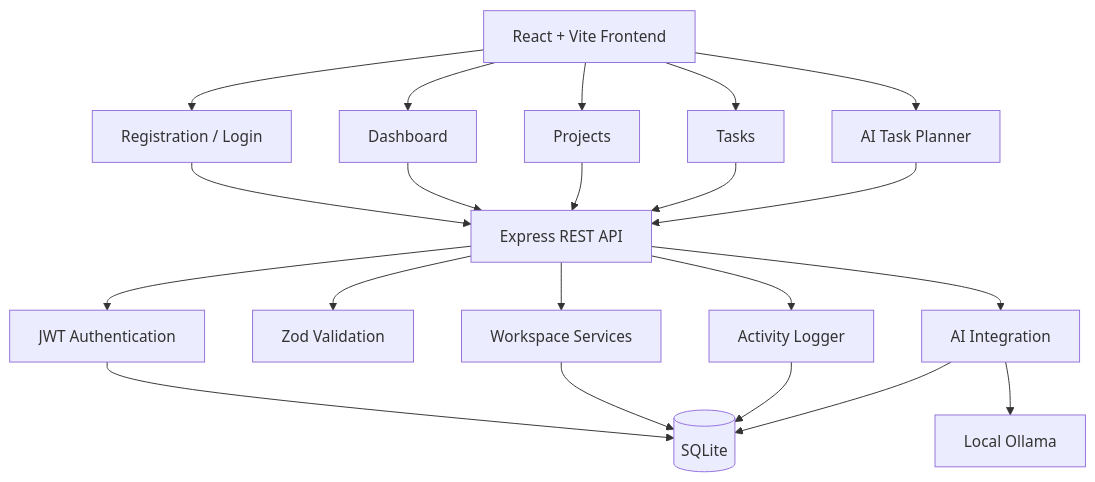
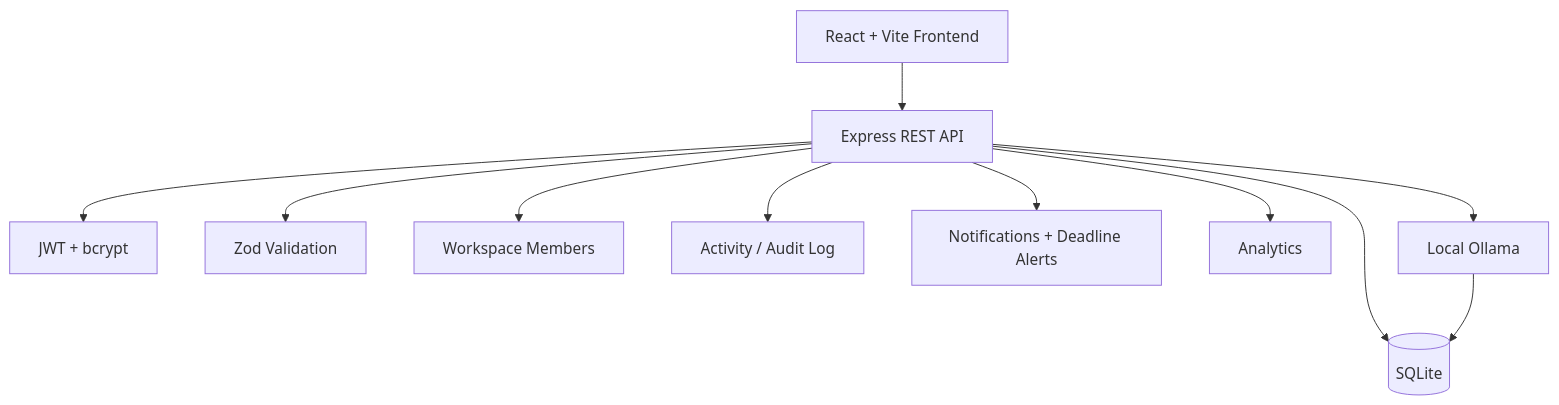
One commit to agcodes0315/Innovation-Hacks changed the diagram in README.md. Above: the diagram before and after it, drawn with Mermaid. The commit also changed other lines of this file and 12 other files, not shown here.

````diff
--- a/README.md
+++ b/README.md
@@ -359,43 +303,24 @@
 ```mermaid
 flowchart TD
-    A[React + Vite Frontend]
-    B[Registration / Login]
-    C[Dashboard]
-    D[Projects]
-    E[Tasks]
-    F[AI Task Planner]
+    UI[React + Vite Frontend]
+    API[Express REST API]
+    AUTH[JWT + bcrypt]
+    VALIDATION[Zod Validation]
+    DB[(SQLite)]
+    MEMBERS[Workspace Members]
+    AUDIT[Activity / Audit Log]
+    ALERTS[Notifications + Deadline Alerts]
+    ANALYTICS[Analytics]
+    AI[Local Ollama]
 
-    G[Express REST API]
-    H[JWT Authentication]
-    I[Zod Validation]
-    J[Workspace Services]
-    K[Activity Logger]
-    L[AI Integration]
-
-    M[(SQLite)]
-    N[Local Ollama]
-
-    A --> B
-    A --> C
-    A --> D
-    A --> E
-    A --> F
-
-    B --> G
-    C --> G
-    D --> G
-    E --> G
-    F --> G
-
-    G --> H
-    G --> I
-    G --> J
-    G --> K
-    G --> L
-
-    H --> M
-    J --> M
-    K --> M
-    L --> M
-    L --> N
+    UI --> API
+    API --> AUTH
+    API --> VALIDATION
+    API --> MEMBERS
+    API --> DB
+    API --> AUDIT
+    API --> ALERTS
+    API --> ANALYTICS
+    API --> AI
+    AI --> DB
 ```
````
